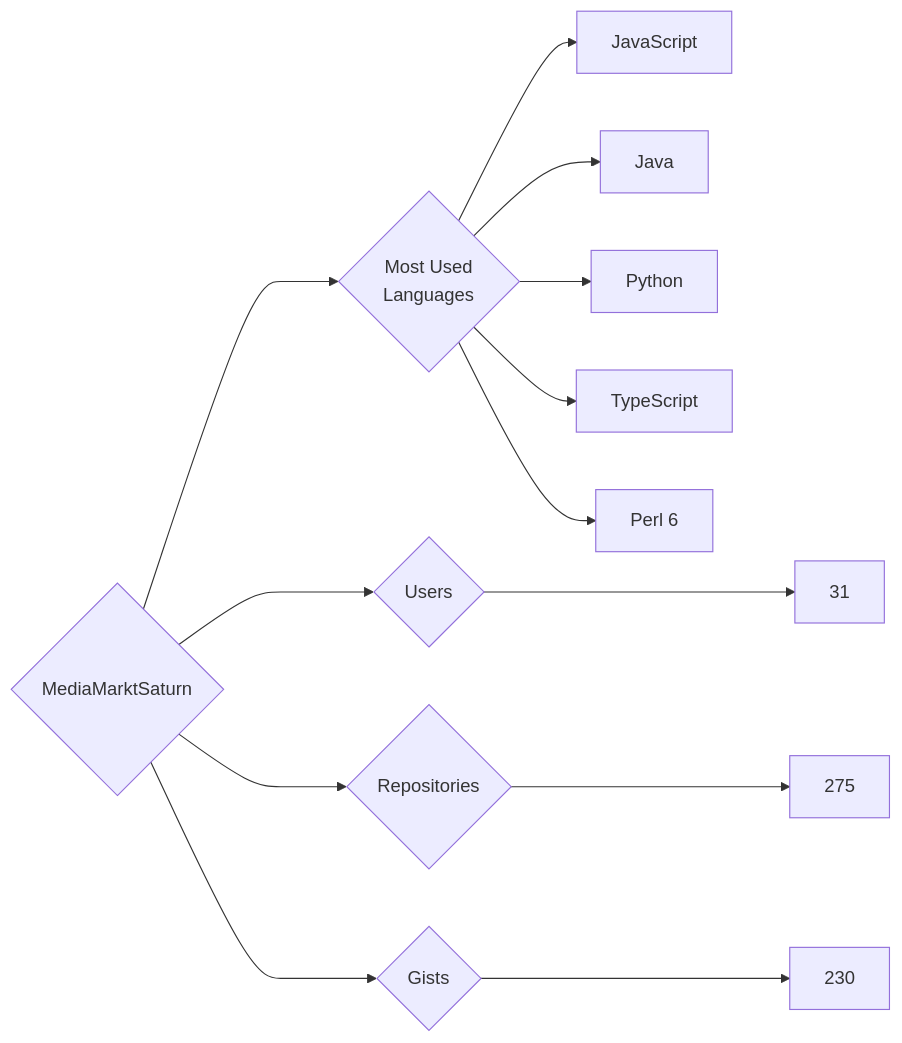
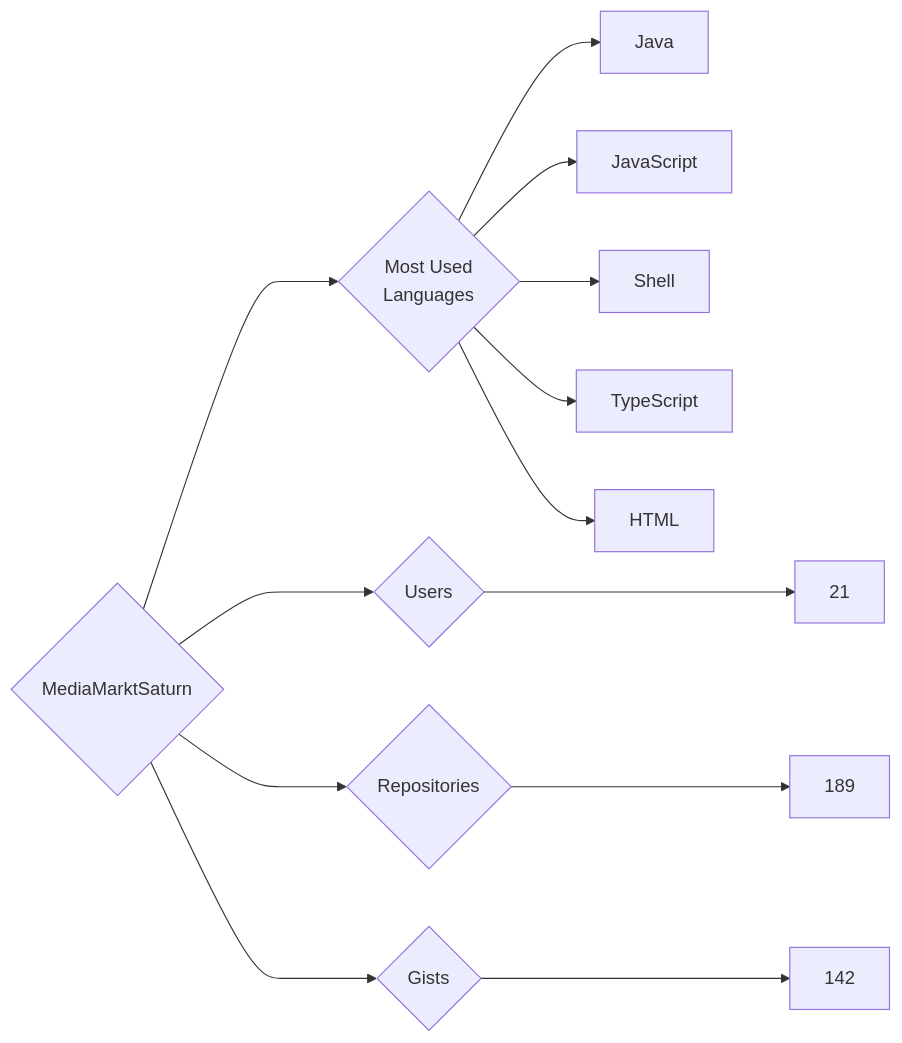
One commit to trickest/insiders changed the diagram in targets/MediaMarktSaturn/README.md. Above: the diagram before and after it, drawn with Mermaid. The commit also changed 939 other files, not shown here.

````diff
--- a/targets/MediaMarktSaturn/README.md
+++ b/targets/MediaMarktSaturn/README.md
@@ -3,13 +3,13 @@
 ```mermaid
 graph LR
 COMPANY_NAME{MediaMarktSaturn}
-COMPANY_NAME ---> U{Users} ---> UN[31]
-COMPANY_NAME ---> R{Repositories} ---> RN[275]
-COMPANY_NAME ---> G{Gists} ---> GN[230]
+COMPANY_NAME ---> U{Users} ---> UN[21]
+COMPANY_NAME ---> R{Repositories} ---> RN[189]
+COMPANY_NAME ---> G{Gists} ---> GN[142]
 COMPANY_NAME ---> ML{Most Used<br>Languages}
+ML --> Java[Java]
 ML --> JavaScript[JavaScript]
-ML --> Java[Java]
-ML --> Python[Python]
+ML --> Shell[Shell]
 ML --> TypeScript[TypeScript]
-ML --> Perl_6[Perl 6]
+ML --> HTML[HTML]
 ```
````
